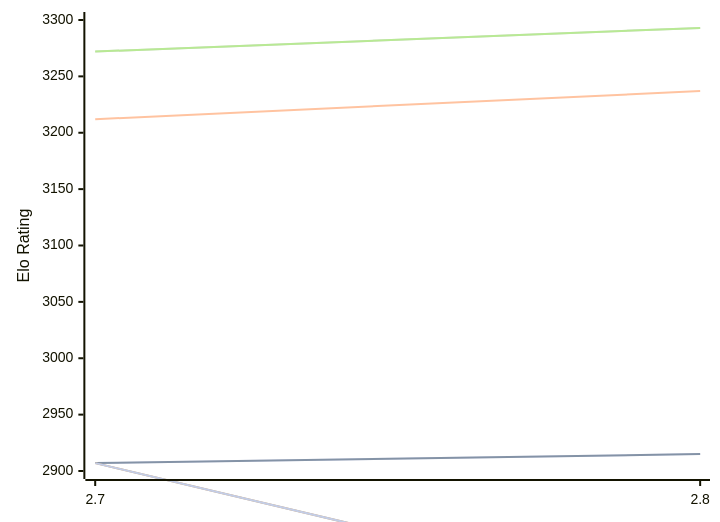
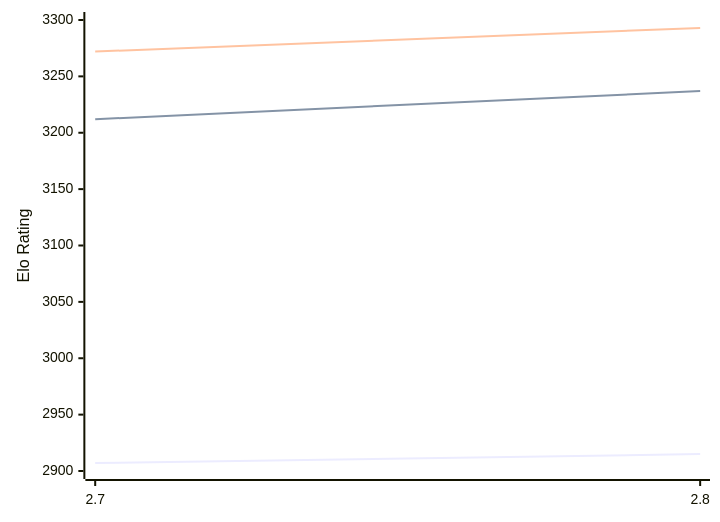
The diagram in engines/Arcanum.md (computer-chess-index/cci), drawn with Mermaid before and after one commit. The commit also changed other lines of this file, not shown here.

````diff
--- a/engines/Arcanum.md
+++ b/engines/Arcanum.md
@@ -48,13 +48,9 @@
 ```mermaid
 %%{init: {"theme":"base","themeVariables":{"seriesColors:['#a3a3a3','#222221','#faa371']}}}%%
 xychart-beta
   x-axis ["2.7", "2.8"]
   y-axis "Elo Rating" 2900 --> 3300
-  line "" [2907, 2915]
   line "T1: STC (8.0+0.08s)" [2907, 2915]
   line "T1: LTC (60.0+0.60s)" [3212, 3237]
-  line "" [3272, 3293]
   line "T1: VLTC (2m24s+1.12s)" [3272, 3293]
-  line "" [2907,2780]
-  line "E1: STC (8.0+0.08s)" [2907,2780]
 ```
````
